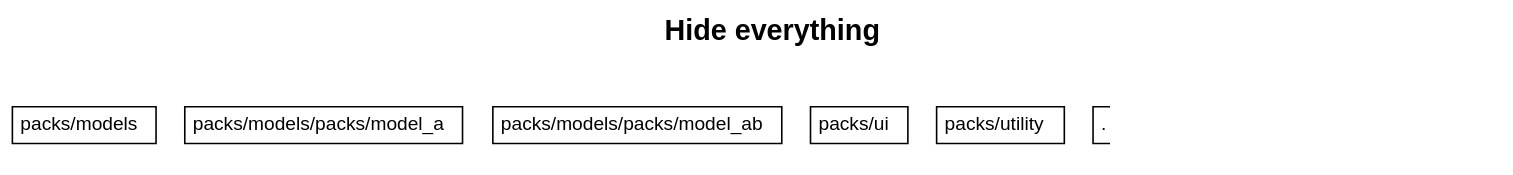
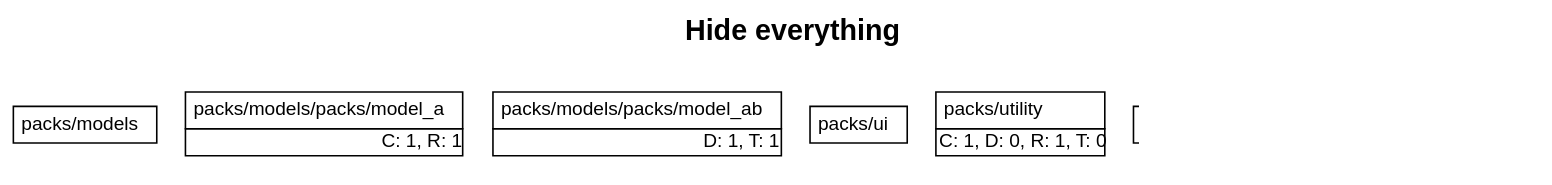
The diagram in spec/sample_app1/test_output/no_to_all.dot (rubyatscale/visualize_packs), drawn with Graphviz before and after one commit. The commit also changed 29 other files, not shown here.

```diff
--- a/spec/sample_app1/test_output/no_to_all.dot
+++ b/spec/sample_app1/test_output/no_to_all.dot
@@ -1,115 +1,118 @@
 digraph package_diagram {
   rankdir=TD
   graph [
     labelloc="t"
     fontname="Helvetica,Arial,sans-serif"
     dpi=100
     layout=dot
     label=<<b>Hide everything</b>>
     fontsize=18
   ]
   node [
     fontname="Helvetica,Arial,sans-serif"
     fontsize=26.0
     fontcolor=black
     fillcolor=white
     color=black
     height=1.0
     style=filled
     shape=plain
   ]
     subgraph app {
       shape=box
       color=darkgrey
       fillcolor=lightblue
       style=filled
         cluster=false
         "packs/models" [
             fontsize=12.0
               URL="https://github.com/rubyatscale/visualize_packwerk/tree/main/spec/sample_app/packs/models"
 
             label= <
                 <table border='0' cellborder='1' cellspacing='0' cellpadding='4'>
                   <tr> <td align='left'> packs/models </td> </tr>
                 </table>
               >
           ]
         
         "packs/models/packs/model_a" [
             fontsize=12.0
               URL="https://github.com/rubyatscale/visualize_packwerk/tree/main/spec/sample_app/packs/models/packs/model_a"
 
             label= <
                 <table border='0' cellborder='1' cellspacing='0' cellpadding='4'>
                   <tr> <td align='left'> packs/models/packs/model_a </td> </tr>
+                  <tr><td CELLPADDING='1' ALIGN='RIGHT'>C: 1, R: 1</td></tr>
                 </table>
               >
           ]
         
         "packs/models/packs/model_ab" [
             fontsize=12.0
               URL="https://github.com/rubyatscale/visualize_packwerk/tree/main/spec/sample_app/packs/models/packs/model_ab"
 
             label= <
                 <table border='0' cellborder='1' cellspacing='0' cellpadding='4'>
                   <tr> <td align='left'> packs/models/packs/model_ab </td> </tr>
+                  <tr><td CELLPADDING='1' ALIGN='RIGHT'>D: 1, T: 1</td></tr>
                 </table>
               >
           ]
         
         "packs/ui" [
             fontsize=12.0
               URL="https://github.com/rubyatscale/visualize_packwerk/tree/main/spec/sample_app/packs/ui"
 
             label= <
                 <table border='0' cellborder='1' cellspacing='0' cellpadding='4'>
                   <tr> <td align='left'> packs/ui </td> </tr>
                 </table>
               >
           ]
         
     }
     subgraph utilities {
       shape=box
       color=darkgrey
       fillcolor=lightblue
       style=filled
         cluster=false
         "packs/utility" [
             fontsize=12.0
               URL="https://github.com/rubyatscale/visualize_packwerk/tree/main/spec/sample_app/packs/utility"
 
             label= <
                 <table border='0' cellborder='1' cellspacing='0' cellpadding='4'>
                   <tr> <td align='left'> packs/utility </td> </tr>
+                  <tr><td CELLPADDING='1' ALIGN='RIGHT'>C: 1, D: 0, R: 1, T: 0</td></tr>
                 </table>
               >
           ]
         
     }
     subgraph NotInLayer {
       shape=box
       color=darkgrey
       fillcolor=lightblue
       style=filled
         cluster=false
         "." [
             fontsize=12.0
               URL="https://github.com/rubyatscale/visualize_packwerk/tree/main/spec/sample_app/"
 
             label= <
                 <table border='0' cellborder='1' cellspacing='0' cellpadding='4'>
                   <tr> <td align='left'> . </td> </tr>
                 </table>
               >
           ]
         
     }
     subgraph cluster_legend {
       fontsize=16
       label="Edges Styles and Arrow Heads"
       LEGEND_NODE_1 [ label="" peripheries=0 height=0 width=0 style=invis ]
       LEGEND_NODE_2 [ label="" peripheries=0 height=0 width=0 style=invis ]
       LEGEND_NODE_1 -> LEGEND_NODE_2 [ style=invis ]
     }
 }
```
